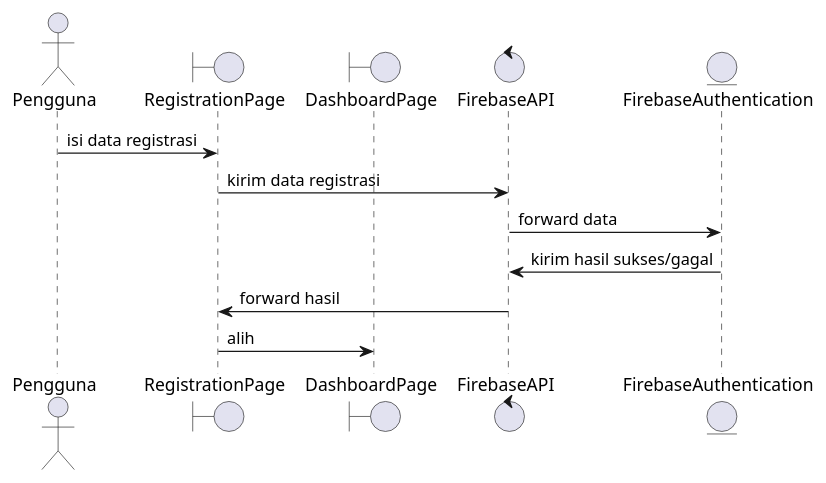
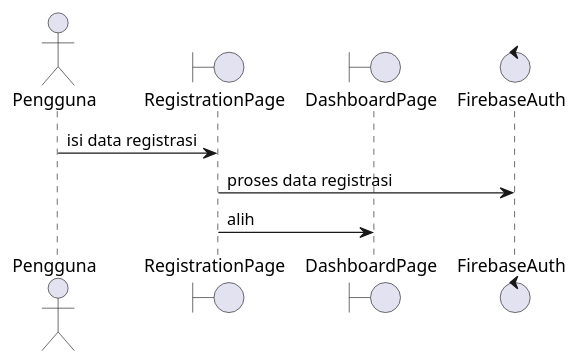
Before and after one commit to stnDinus/skpl_apbo_diagrams: the diagram in signup_seq.puml, drawn with PlantUML. The commit also changed 19 other files, not shown here.

Commit message:
fix: sequence, colab diagrams

```diff
--- a/signup_seq.puml
+++ b/signup_seq.puml
@@ -1,14 +1,10 @@
 @startuml
 actor Pengguna
 boundary RegistrationPage
 boundary DashboardPage
-control FirebaseAPI
-entity FirebaseAuthentication
+control FirebaseAuth
 
 Pengguna -> RegistrationPage: isi data registrasi
-RegistrationPage -> FirebaseAPI: kirim data registrasi
-FirebaseAPI -> FirebaseAuthentication: forward data
-FirebaseAPI <- FirebaseAuthentication: kirim hasil sukses/gagal
-FirebaseAPI -> RegistrationPage: forward hasil
+RegistrationPage -> FirebaseAuth: proses data registrasi
 RegistrationPage -> DashboardPage: alih
 @enduml
```
